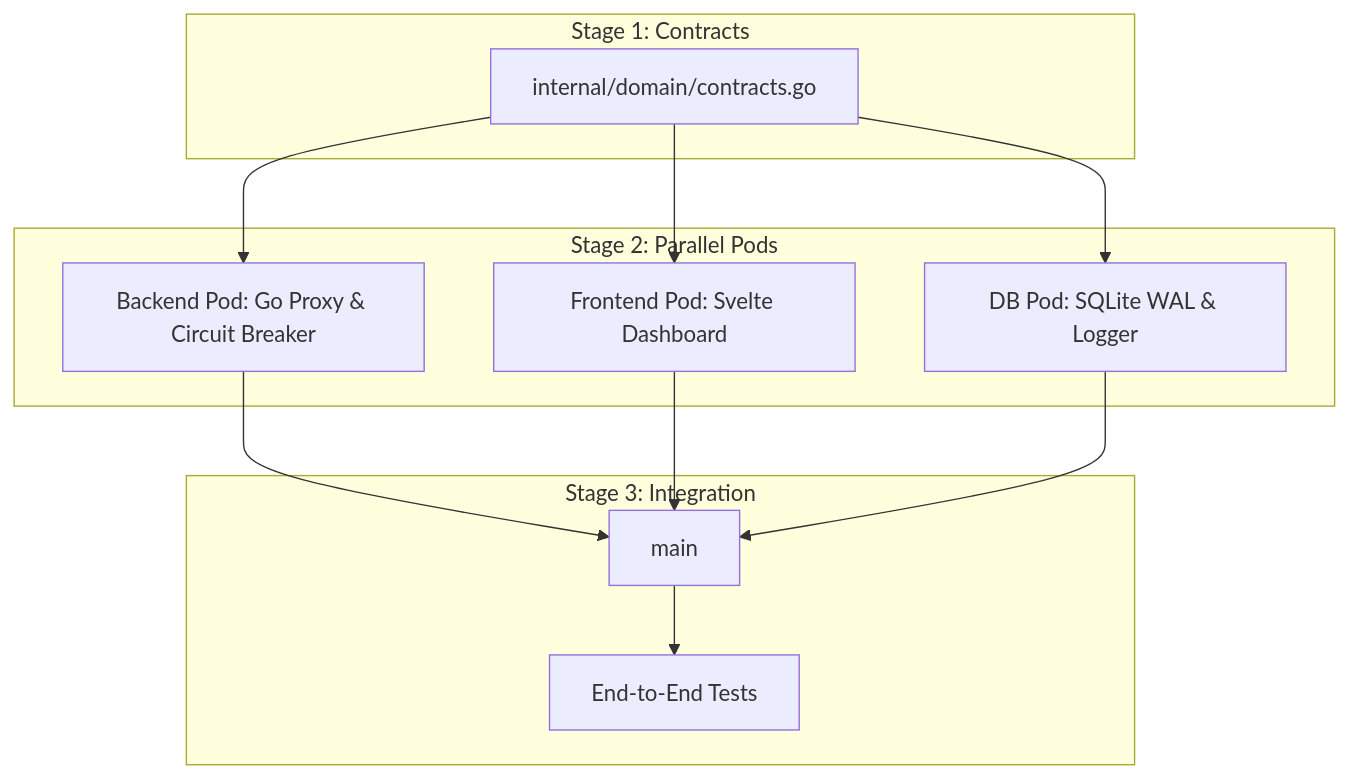
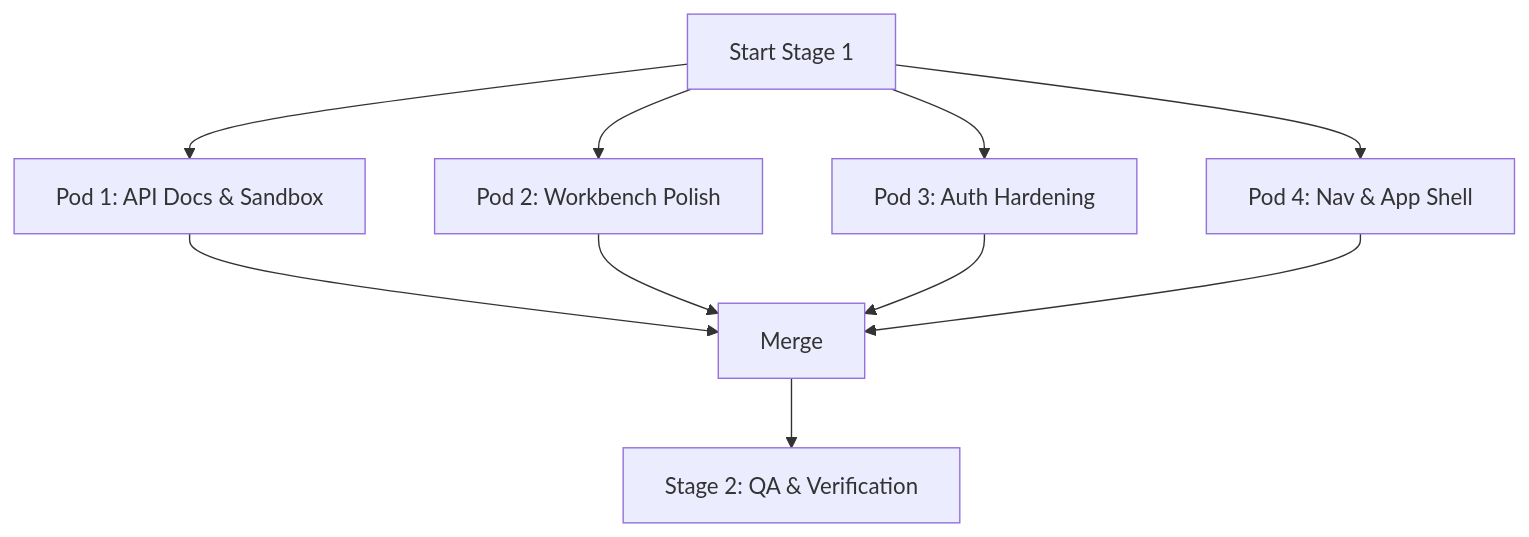
Before and after one commit to Axe-08/Key-Collective: the diagram in docs/architecture/execution_dag.mmd, drawn with Mermaid. The commit also changed 6 other files, not shown here.

```diff
--- a/docs/architecture/execution_dag.mmd
+++ b/docs/architecture/execution_dag.mmd
@@ -1,25 +1,10 @@
 graph TD
-    subgraph Stage 1: Contracts
-        C[internal/domain/contracts.go]
-    end
-
-    subgraph Stage 2: Parallel Pods
-        PodBackend[Backend Pod: Go Proxy & Circuit Breaker]
-        PodFrontend[Frontend Pod: Svelte Dashboard]
-        PodDB[DB Pod: SQLite WAL & Logger]
-    end
-
-    subgraph Stage 3: Integration
-        Merge[main]
-        E2E[End-to-End Tests]
-    end
-
-    C --> PodBackend
-    C --> PodFrontend
-    C --> PodDB
-    
-    PodBackend --> Merge
-    PodFrontend --> Merge
-    PodDB --> Merge
-    
-    Merge --> E2E
+    Start[Start Stage 1] --> Pod1[Pod 1: API Docs & Sandbox]
+    Start --> Pod2[Pod 2: Workbench Polish]
+    Start --> Pod3[Pod 3: Auth Hardening]
+    Start --> Pod4[Pod 4: Nav & App Shell]
+    Pod1 --> Merge
+    Pod2 --> Merge
+    Pod3 --> Merge
+    Pod4 --> Merge
+    Merge --> QA[Stage 2: QA & Verification]
```
